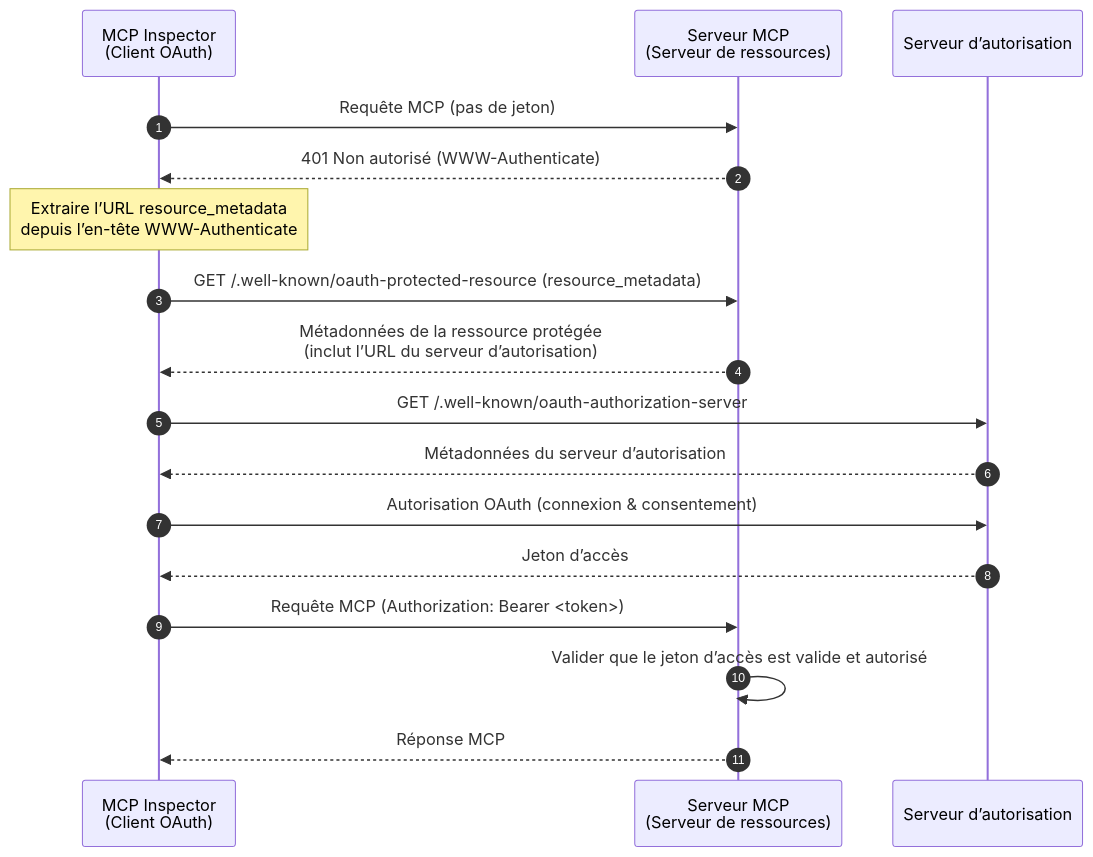
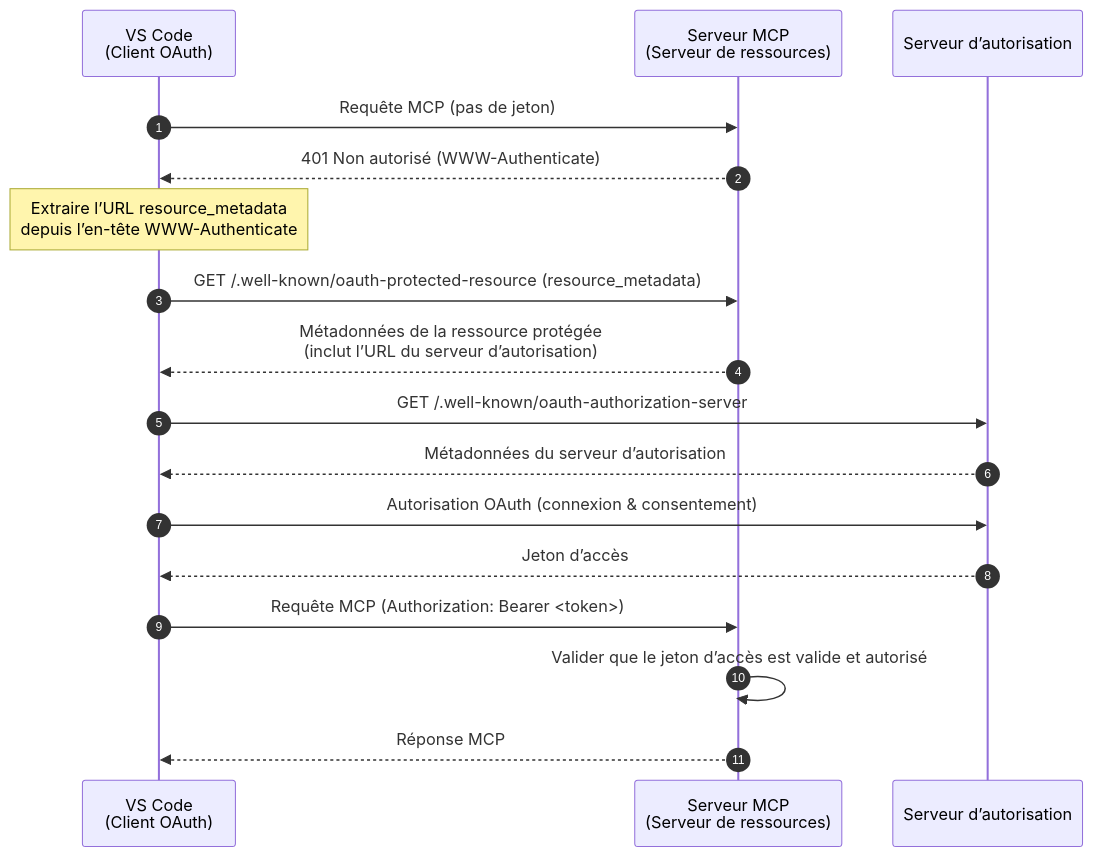
Before and after one commit to mcp-auth/docs: the first of 2 diagrams in i18n/fr/docusaurus-plugin-content-docs/current/tutorials/todo-manager/README.mdx, drawn with Mermaid. The commit also changed other lines of this file and 18 other files, not shown here.

````diff
--- a/i18n/fr/docusaurus-plugin-content-docs/current/tutorials/todo-manager/README.mdx
+++ b/i18n/fr/docusaurus-plugin-content-docs/current/tutorials/todo-manager/README.mdx
@@ -38,23 +40,23 @@
 ```mermaid
 sequenceDiagram
   autonumber
-  participant Client as MCP Inspector<br/>(Client OAuth)
+  participant Client as VS Code<br/>(Client OAuth)
   participant RS as Serveur MCP<br/>(Serveur de ressources)
   participant AS as Serveur d’autorisation
 
   Client->>RS: Requête MCP (pas de jeton)
   RS-->>Client: 401 Non autorisé (WWW-Authenticate)
   Note over Client: Extraire l’URL resource_metadata<br/>depuis l’en-tête WWW-Authenticate
 
   Client->>RS: GET /.well-known/oauth-protected-resource (resource_metadata)
   RS-->>Client: Métadonnées de la ressource protégée<br/>(inclut l’URL du serveur d’autorisation)
 
   Client->>AS: GET /.well-known/oauth-authorization-server
   AS-->>Client: Métadonnées du serveur d’autorisation
   Client->>AS: Autorisation OAuth (connexion & consentement)
   AS-->>Client: Jeton d’accès
 
   Client->>RS: Requête MCP (Authorization: Bearer <token>)
   RS->>RS: Valider que le jeton d’accès est valide et autorisé
   RS-->>Client: Réponse MCP
 ```
````
